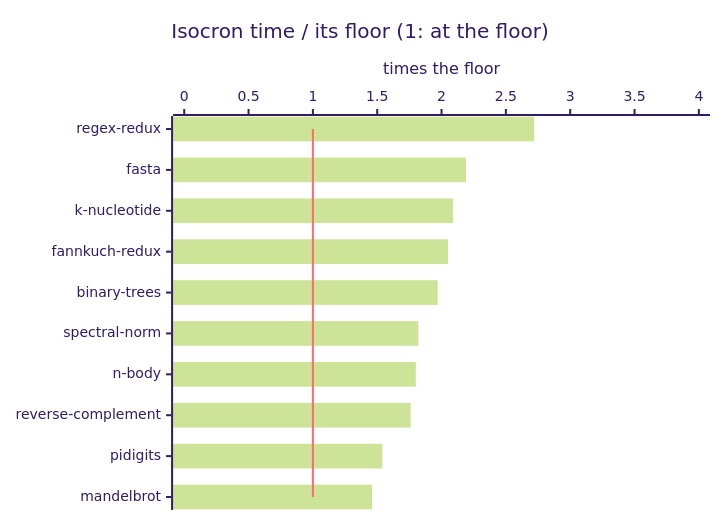
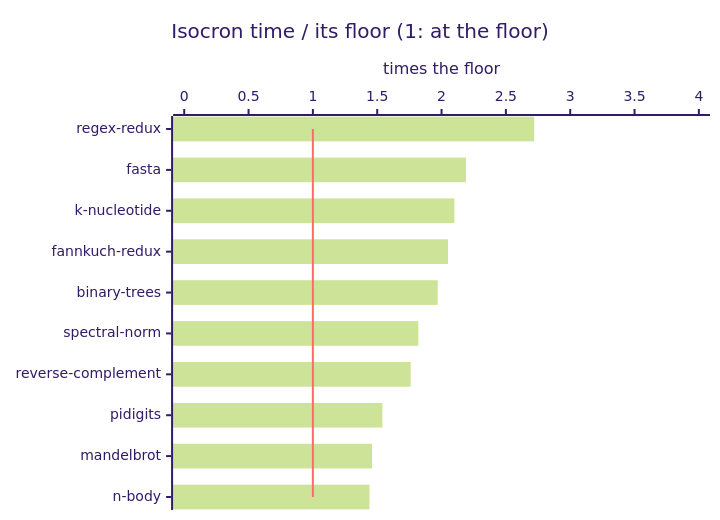
One commit to jbillard/isocron changed the diagram in results/floors.md. Above: the diagram before and after it, drawn with Mermaid (forest theme). The commit also changed other lines of this file and 7 other files, not shown here.

````diff
--- a/results/floors.md
+++ b/results/floors.md
@@ -36,8 +36,8 @@
 ```mermaid
 xychart-beta horizontal
     title "Isocron time / its floor (1: at the floor)"
-    x-axis ["regex-redux", "fasta", "k-nucleotide", "fannkuch-redux", "binary-trees", "spectral-norm", "n-body", "reverse-complement", "pidigits", "mandelbrot"]
+    x-axis ["regex-redux", "fasta", "k-nucleotide", "fannkuch-redux", "binary-trees", "spectral-norm", "reverse-complement", "pidigits", "mandelbrot", "n-body"]
     y-axis "times the floor" 0 --> 4
-    bar [2.72, 2.19, 2.09, 2.05, 1.97, 1.82, 1.80, 1.76, 1.54, 1.46]
+    bar [2.72, 2.19, 2.10, 2.05, 1.97, 1.82, 1.76, 1.54, 1.46, 1.44]
     line [1.00, 1.00, 1.00, 1.00, 1.00, 1.00, 1.00, 1.00, 1.00, 1.00]
 ```
````
